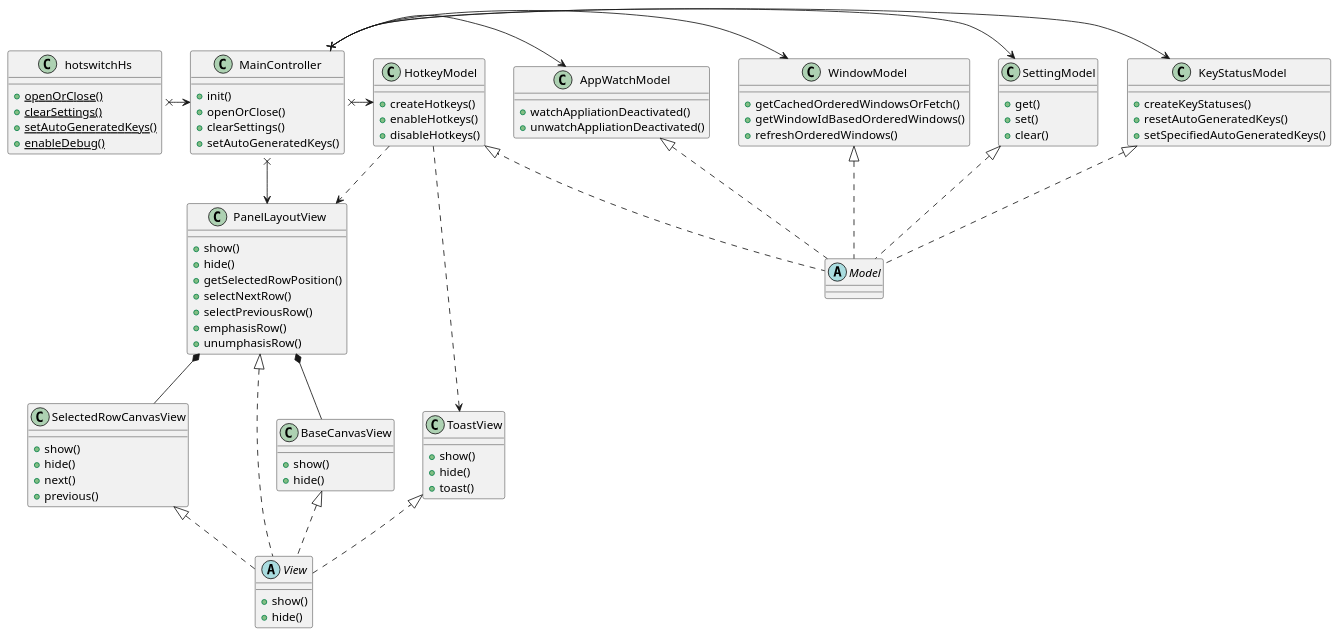
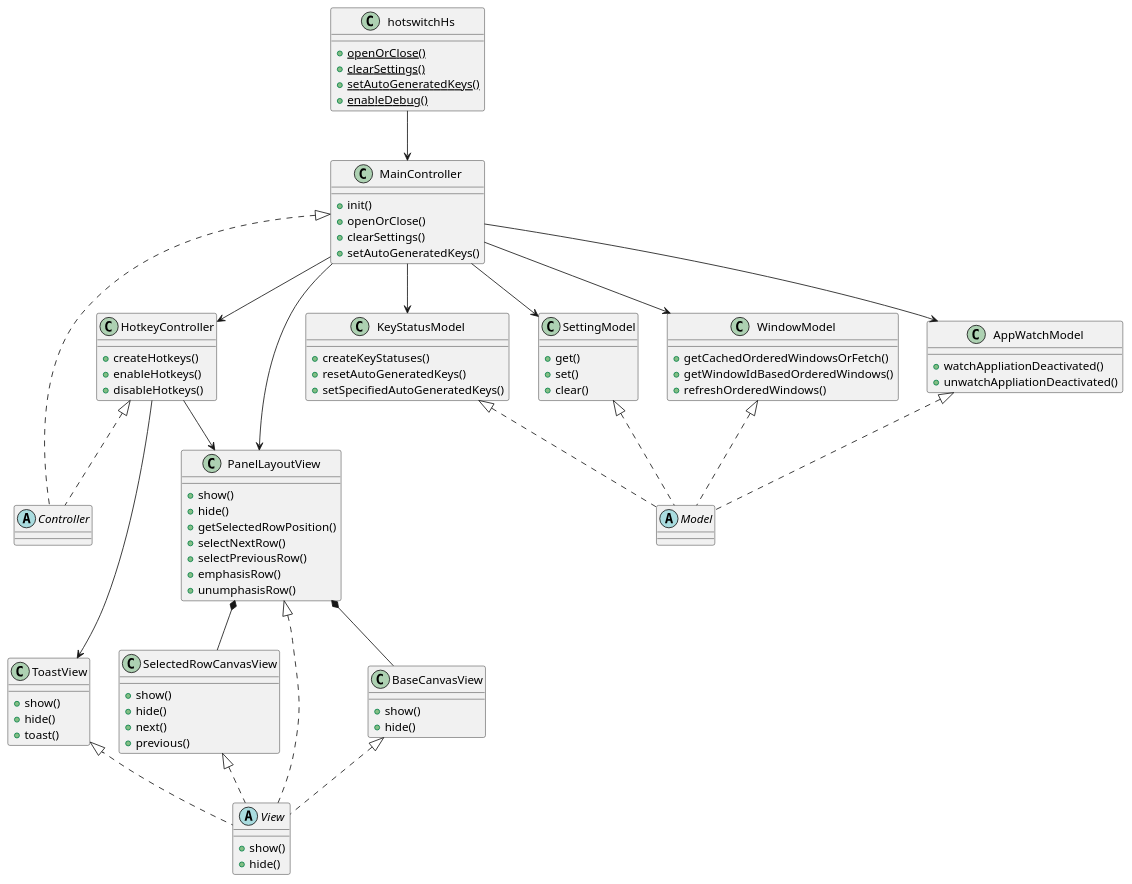
One commit to oniatsu/HotSwitch-HS changed the diagram in uml/class_diagram.pu. Above: the diagram before and after it, drawn with PlantUML. The commit also changed 4 other files, not shown here.

```diff
--- a/uml/class_diagram.pu
+++ b/uml/class_diagram.pu
@@ -1,98 +1,102 @@
 @startuml class_diagram
 
 class hotswitchHs {
     {static} +openOrClose()
     {static} +clearSettings()
     {static} +setAutoGeneratedKeys()
     {static} +enableDebug()
 }
+
+class MainController {
+    +init()
+    +openOrClose()
+    +clearSettings()
+    +setAutoGeneratedKeys()
+}
+class HotkeyController {
+    +createHotkeys()
+    +enableHotkeys()
+    +disableHotkeys()
+}
+abstract Controller
 
 class KeyStatusModel {
     +createKeyStatuses()
     +resetAutoGeneratedKeys()
     +setSpecifiedAutoGeneratedKeys()
 }
 class SettingModel {
     +get()
     +set()
     +clear()
 }
 class WindowModel {
     +getCachedOrderedWindowsOrFetch()
     +getWindowIdBasedOrderedWindows()
     +refreshOrderedWindows()
-}
-class HotkeyModel {
-    +createHotkeys()
-    +enableHotkeys()
-    +disableHotkeys()
 }
 class AppWatchModel {
     +watchAppliationDeactivated()
     +unwatchAppliationDeactivated()
 }
 abstract Model
 
 class PanelLayoutView {
     +show()
     +hide()
     +getSelectedRowPosition()
     +selectNextRow()
     +selectPreviousRow()
     +emphasisRow()
     +unumphasisRow()
 }
 class BaseCanvasView {
     +show()
     +hide()
 }
 class SelectedRowCanvasView {
     +show()
     +hide()
     +next()
     +previous()
 }
 class ToastView {
     +show()
     +hide()
     +toast()
 }
 abstract View {
     +show()
     +hide()
 }
 
-class MainController {
-    +init()
-    +openOrClose()
-    +clearSettings()
-    +setAutoGeneratedKeys()
-}
+hotswitchHs --> MainController
 
-hotswitchHs x-> MainController
+MainController --> HotkeyController
 
-MainController x-> PanelLayoutView
-MainController x-> KeyStatusModel
-MainController x-> SettingModel
-MainController x-> WindowModel
-MainController x-> HotkeyModel
-MainController x-> AppWatchModel
+MainController --> PanelLayoutView
+MainController --> KeyStatusModel
+MainController --> SettingModel
+MainController --> WindowModel
+MainController --> AppWatchModel
 
-HotkeyModel ..> PanelLayoutView
-HotkeyModel ..> ToastView
+HotkeyController --> PanelLayoutView
+HotkeyController --> ToastView
 
 KeyStatusModel <|.. Model
 SettingModel <|.. Model
 WindowModel <|.. Model
-HotkeyModel <|.. Model
 AppWatchModel <|.. Model
 
 PanelLayoutView <|.. View
 BaseCanvasView <|.. View
 SelectedRowCanvasView <|.. View
 ToastView <|.. View
 
+MainController <|.. Controller
+HotkeyController <|.. Controller
+
 PanelLayoutView *-- BaseCanvasView 
 PanelLayoutView *-- SelectedRowCanvasView 
 
 @endum
```
